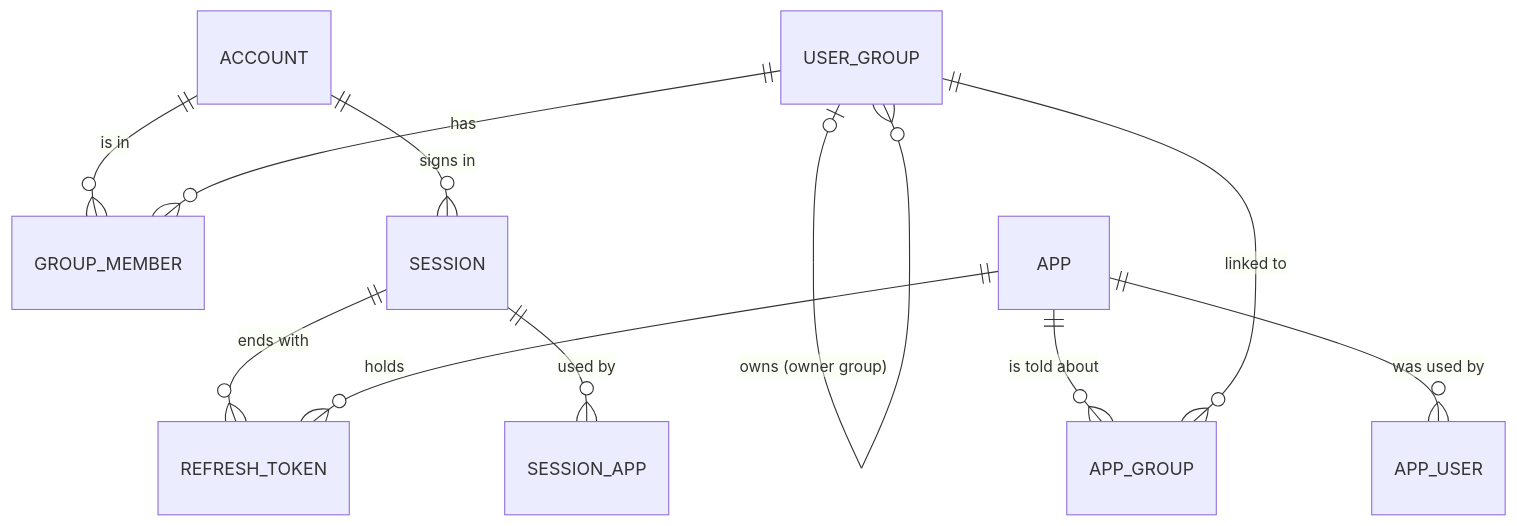
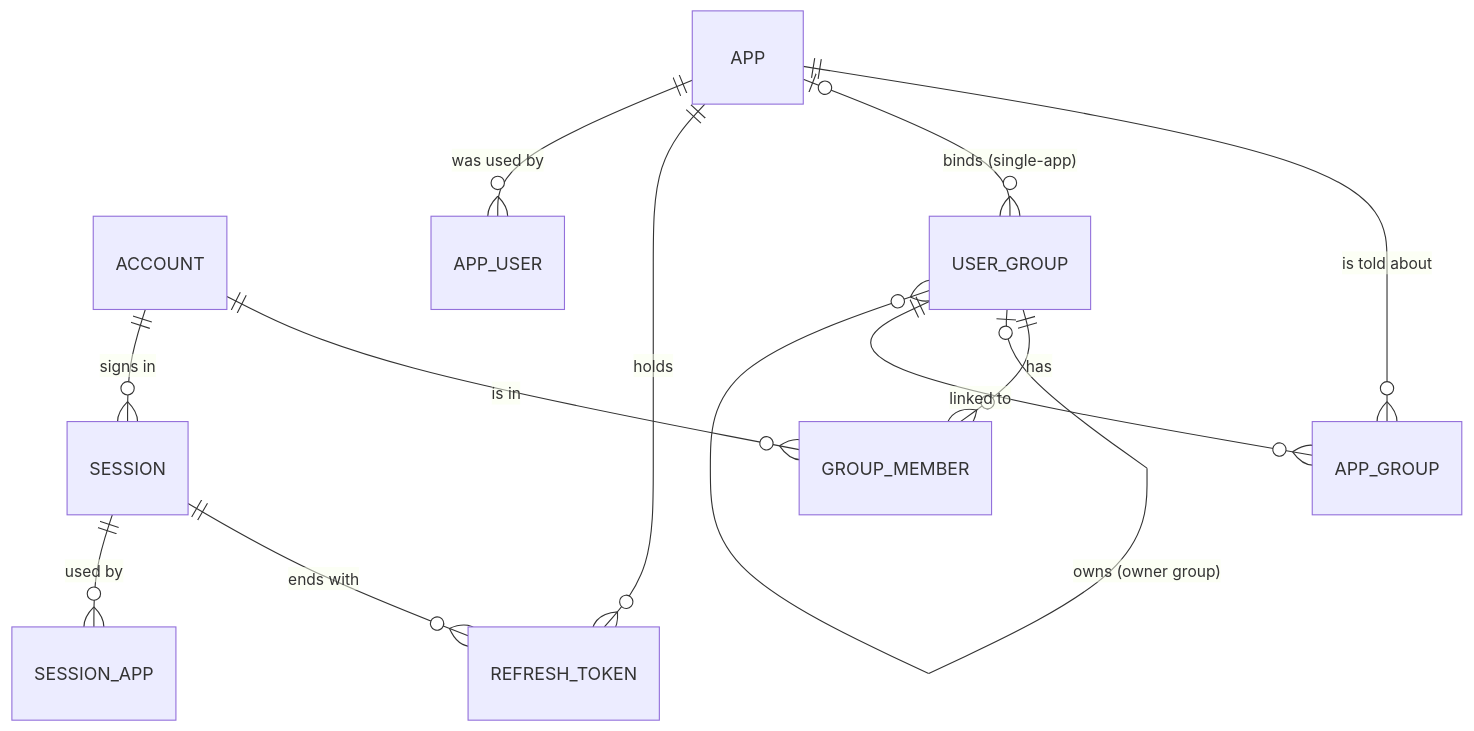
One commit to Krysset/Guardian changed the fourth of 4 diagrams in docs/ARCHITECTURE.md. Above: the diagram before and after it, drawn with Mermaid. The commit also changed other lines of this file and 53 other files, not shown here.

````diff
--- a/docs/ARCHITECTURE.md
+++ b/docs/ARCHITECTURE.md
@@ -115,13 +121,14 @@
 ```mermaid
 erDiagram
   ACCOUNT ||--o{ GROUP_MEMBER : "is in"
   USER_GROUP ||--o{ GROUP_MEMBER : has
   USER_GROUP |o--o{ USER_GROUP : "owns (owner group)"
   APP ||--o{ APP_GROUP : "is told about"
   USER_GROUP ||--o{ APP_GROUP : "linked to"
+  APP |o--o{ USER_GROUP : "binds (single-app)"
   ACCOUNT ||--o{ SESSION : "signs in"
   SESSION ||--o{ REFRESH_TOKEN : "ends with"
   APP ||--o{ REFRESH_TOKEN : holds
   SESSION ||--o{ SESSION_APP : "used by"
   APP ||--o{ APP_USER : "was used by"
 ```
````
